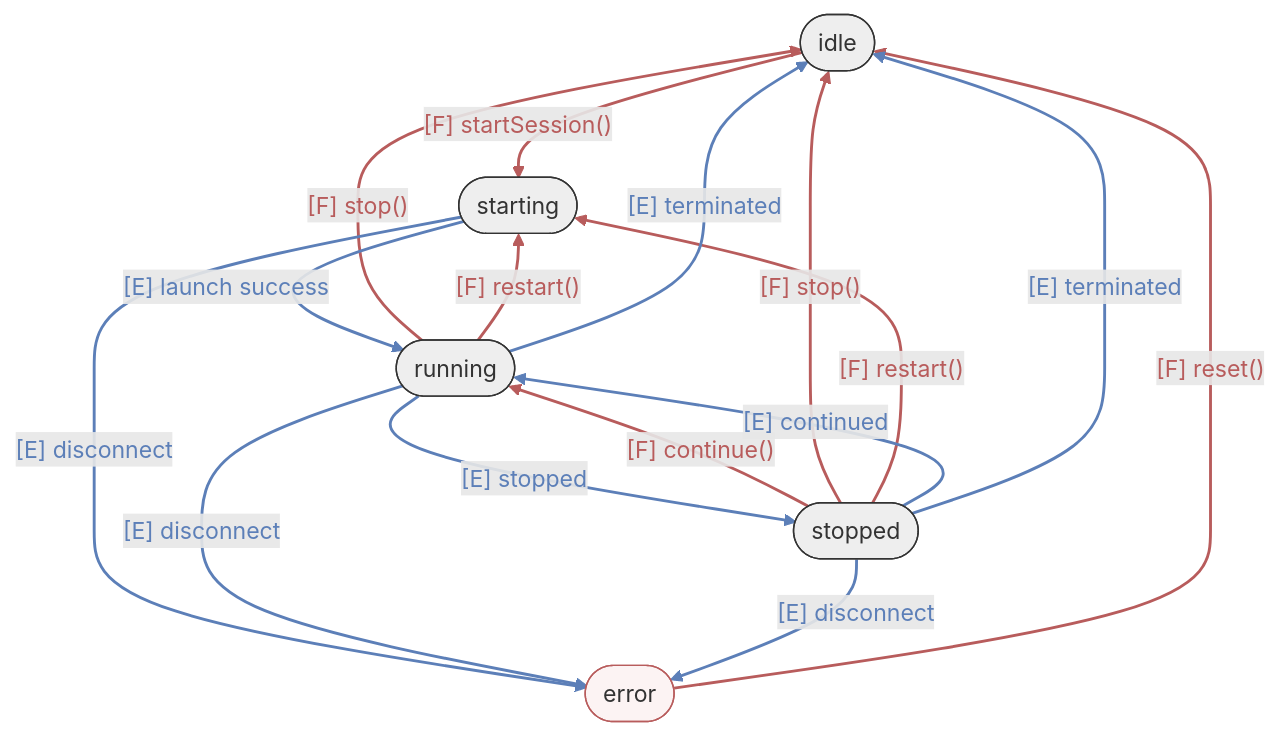
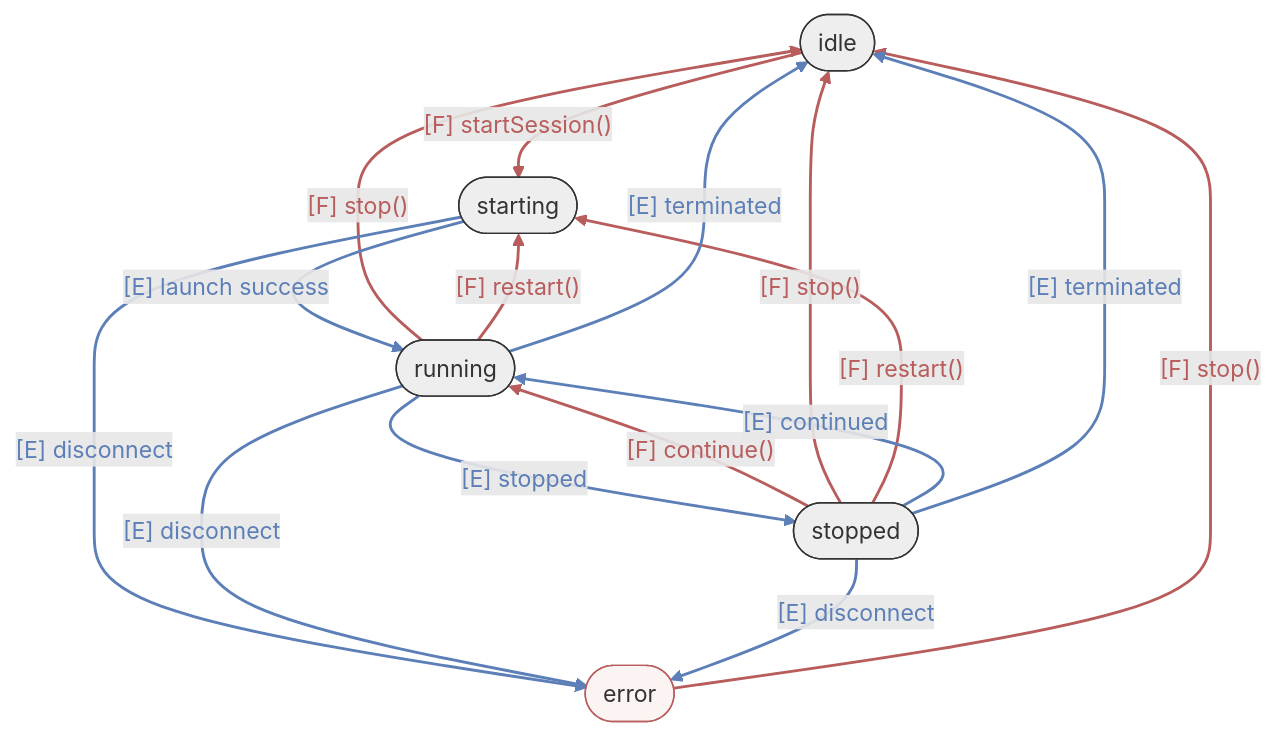
The first of 2 diagrams in docs/architecture/session-layer.md (tangpo387-arch/taro-debugger), drawn with Mermaid before and after one commit. The commit also changed other lines of this file and 5 other files, not shown here.

Commit message:
refactor: encapsulate reset logic in DapSessionService and update error state recovery workflows

````diff
--- a/docs/architecture/session-layer.md
+++ b/docs/architecture/session-layer.md
@@ -29,35 +29,35 @@
 ```mermaid
 graph TD
     %% States
     idle([idle])
     starting([starting])
     running([running])
     stopped([stopped])
     error([error])
 
     %% User Actions (Functions)
     idle -- "<font color='#b85c5c'>[F] startSession()</font>" --> starting
     stopped -- "<font color='#b85c5c'>[F] continue()</font>" --> running
     running -- "<font color='#b85c5c'>[F] stop()</font>" --> idle
     stopped -- "<font color='#b85c5c'>[F] stop()</font>" --> idle
     running -- "<font color='#b85c5c'>[F] restart()</font>" --> starting
     stopped -- "<font color='#b85c5c'>[F] restart()</font>" --> starting
-    error -- "<font color='#b85c5c'>[F] reset()</font>" --> idle
+    error -- "<font color='#b85c5c'>[F] stop()</font>" --> idle
 
     %% Adapter Actions (Events)
     starting -- "<font color='#5c7fb8'>[E] launch success</font>" --> running
     running -- "<font color='#5c7fb8'>[E] stopped</font>" --> stopped
     stopped -- "<font color='#5c7fb8'>[E] continued</font>" --> running
     running -- "<font color='#5c7fb8'>[E] terminated</font>" --> idle
     stopped -- "<font color='#5c7fb8'>[E] terminated</font>" --> idle
     starting -- "<font color='#5c7fb8'>[E] disconnect</font>" --> error
     running -- "<font color='#5c7fb8'>[E] disconnect</font>" --> error
     stopped -- "<font color='#5c7fb8'>[E] disconnect</font>" --> error
 
     %% Styles
     linkStyle 0,1,2,3,4,5,6 stroke:#b85c5c,stroke-width:2px;
     linkStyle 7,8,9,10,11,12,13,14 stroke:#5c7fb8,stroke-width:2px;
     
     classDef default fill:#eee,stroke:#333,stroke-width:1px;
     style error fill:#fcf3f3,stroke:#b85c5c;
 ```
````
